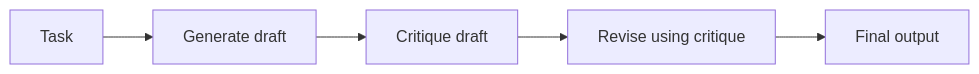
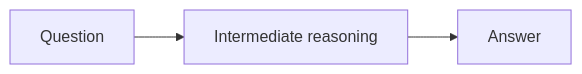
Before and after one commit to zheng-bobo/verifiable_agent_lab: the second of 7 diagrams in docs/readings/week01-agentic-design-patterns.md, drawn with Mermaid. The commit also changed other lines of this file and 21 other files, not shown here.

````diff
--- a/docs/readings/week01-agentic-design-patterns.md
+++ b/docs/readings/week01-agentic-design-patterns.md
@@ -20,7 +107,5 @@
 ```mermaid
 flowchart LR
-    I[Task] --> G[Generate draft]
-    G --> C[Critique draft]
-    C --> R[Revise using critique]
-    R --> O[Final output]
+    Q[Question] --> R[Intermediate reasoning]
+    R --> A[Answer]
 ```
````
